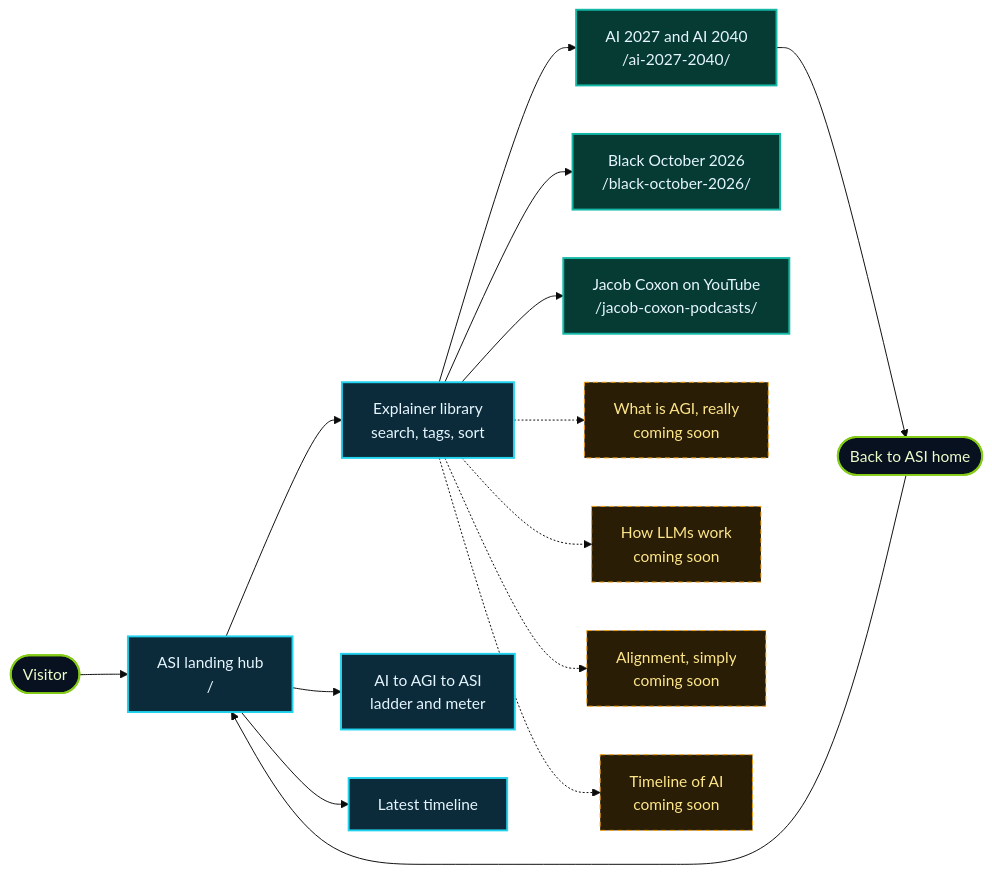
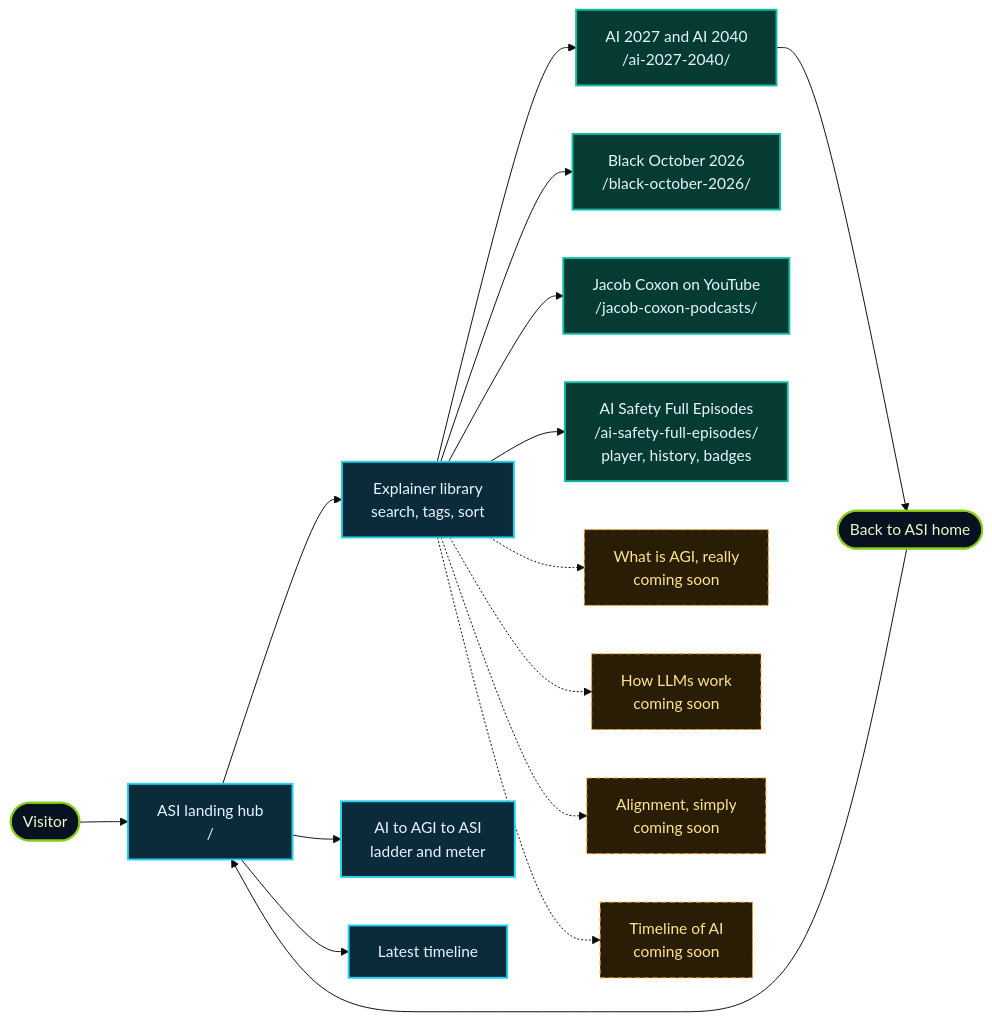
One commit to lo3elyon/ASI changed the first of 12 diagrams in README.md. Above: the diagram before and after it, drawn with Mermaid (base theme). The commit also changed other lines of this file, not shown here.

Commit message:
README: document /ai-safety-full-episodes/ (badges, routes, deep dive, diagrams, videos, FAQ, changelog)

````diff
--- a/README.md
+++ b/README.md
@@ -66,24 +70,25 @@
 ```mermaid
 flowchart LR
     V(["Visitor"]) --> H["ASI landing hub<br/>/"]
     H --> L["Explainer library<br/>search, tags, sort"]
     H --> G["AI to AGI to ASI<br/>ladder and meter"]
     H --> T["Latest timeline"]
     L --> E1["AI 2027 and AI 2040<br/>/ai-2027-2040/"]
     L --> E6["Black October 2026<br/>/black-october-2026/"]
     L --> E7["Jacob Coxon on YouTube<br/>/jacob-coxon-podcasts/"]
+    L --> E8["AI Safety Full Episodes<br/>/ai-safety-full-episodes/<br/>player, history, badges"]
     L -.-> E2["What is AGI, really<br/>coming soon"]
     L -.-> E3["How LLMs work<br/>coming soon"]
     L -.-> E4["Alignment, simply<br/>coming soon"]
     L -.-> E5["Timeline of AI<br/>coming soon"]
     E1 --> B(["Back to ASI home"])
     B --> H
     classDef hub fill:#0b2a3a,stroke:#22d3ee,stroke-width:2px,color:#e6f6ff
     classDef live fill:#063b33,stroke:#14b8a6,stroke-width:2px,color:#e6f6ff
     classDef soon fill:#2a1d05,stroke:#f59e0b,stroke-dasharray:5 4,color:#fde68a
     classDef user fill:#07111f,stroke:#84cc16,stroke-width:2px,color:#ecfccb
     class H,L,G,T hub
-    class E1,E6,E7 live
+    class E1,E6,E7,E8 live
     class E2,E3,E4,E5 soon
     class V,B user
 ```
````
